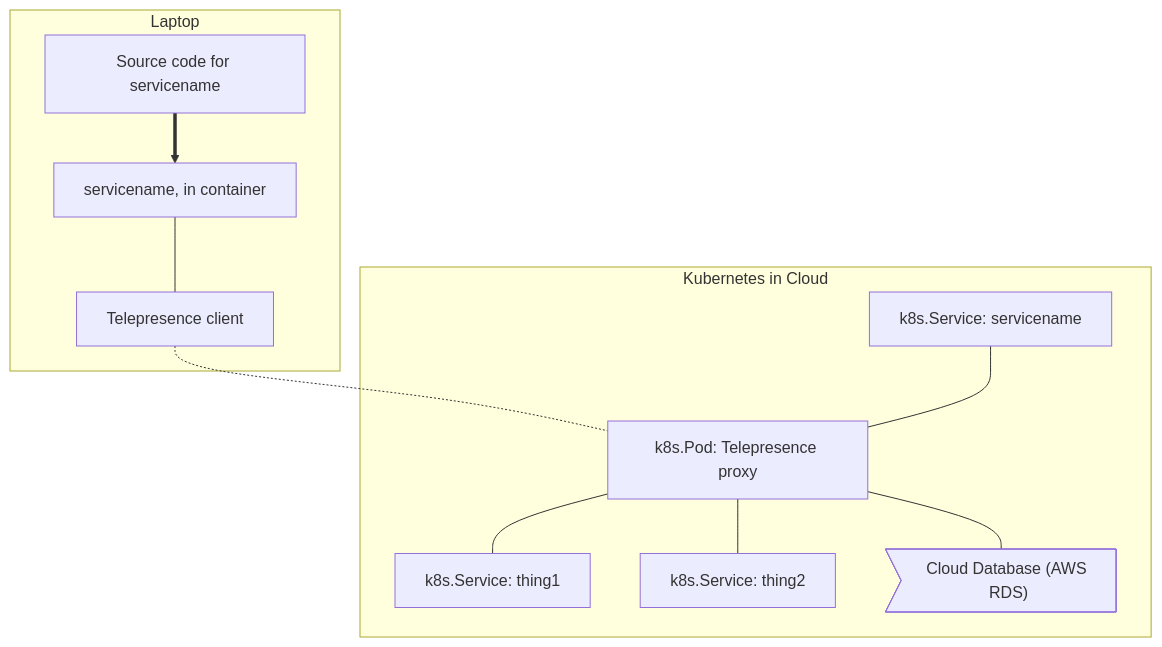
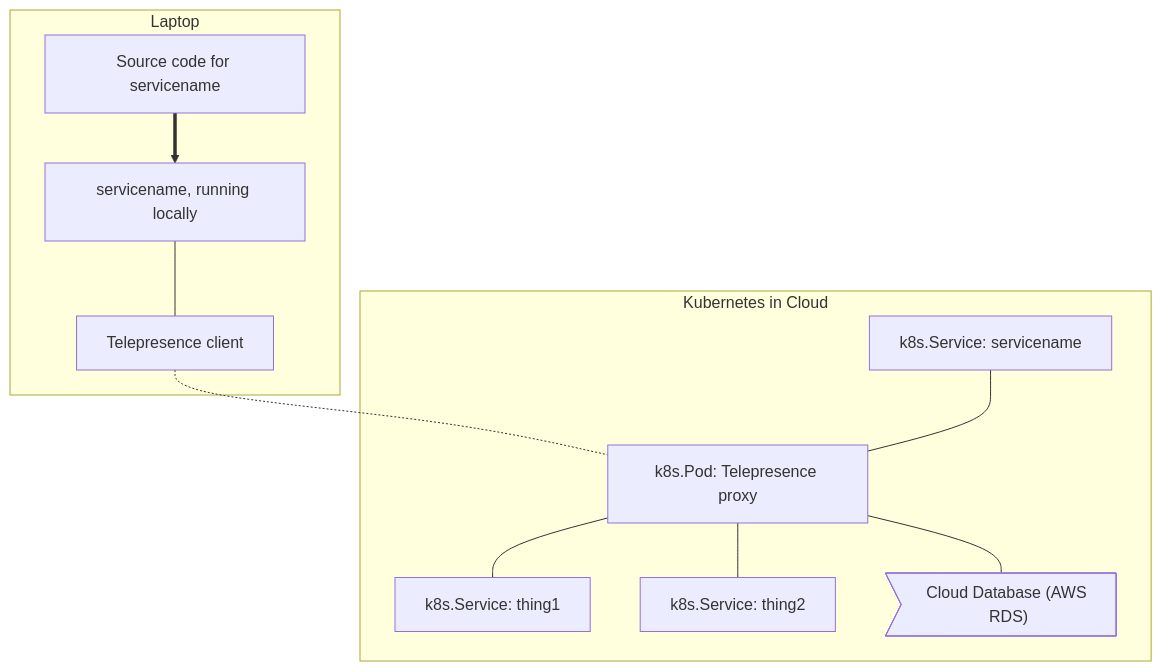
Before and after one commit to telepresenceio/telepresence.io: the third of 4 diagrams in index.md, drawn with Mermaid. The commit also changed other lines of this file, not shown here.

Commit message:
(from tel1) Basic docs and tests for running locally.

```diff
--- a/index.md
+++ b/index.md
@@ -69,14 +69,14 @@
 <div class="mermaid">
 graph TD
   subgraph Laptop
-    code["Source code for servicename"]==>local["servicename, in container"]
+    code["Source code for servicename"]==>local["servicename, running locally"]
     local---client[Telepresence client]
   end
   subgraph Kubernetes in Cloud
     client-.-proxy["k8s.Pod: Telepresence proxy"]
     s1["k8s.Service: servicename"]---proxy
     proxy---s2["k8s.Service: thing1"]
     proxy---s3["k8s.Service: thing2"]
     proxy---c1>"Cloud Database (AWS RDS)"]
   end
 </div>
```
